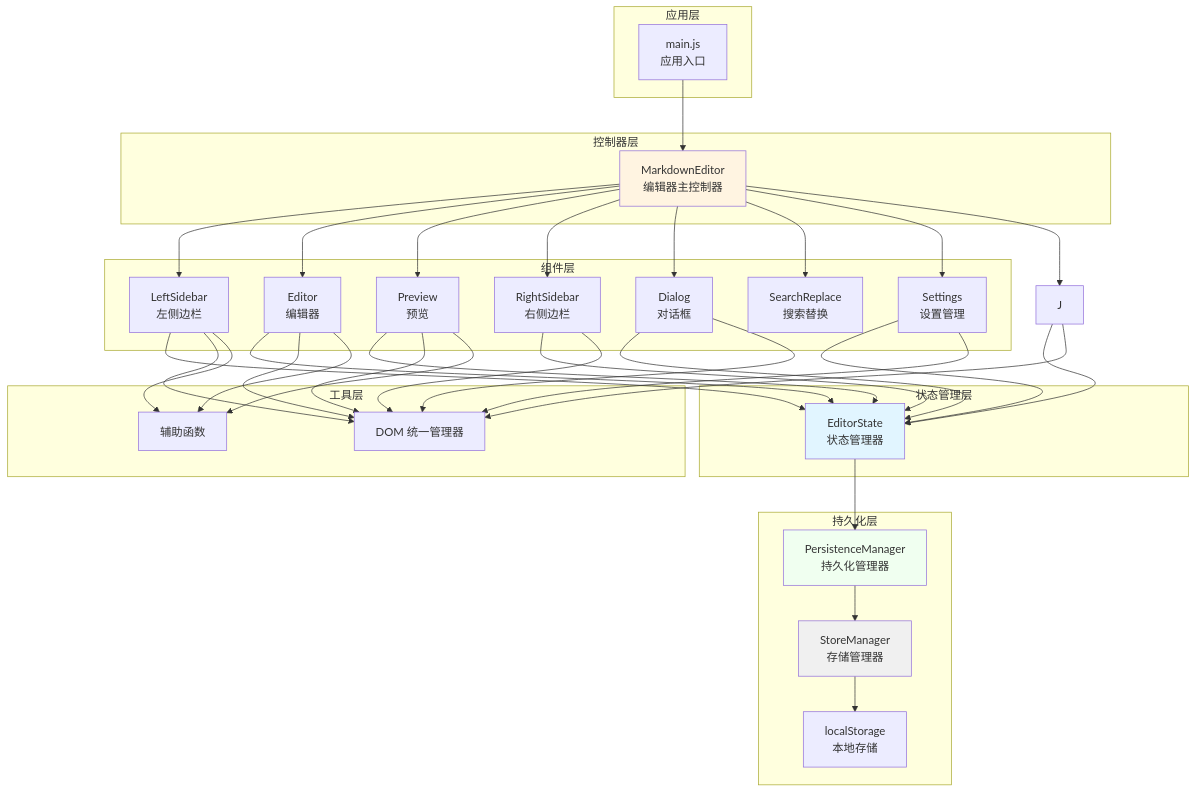
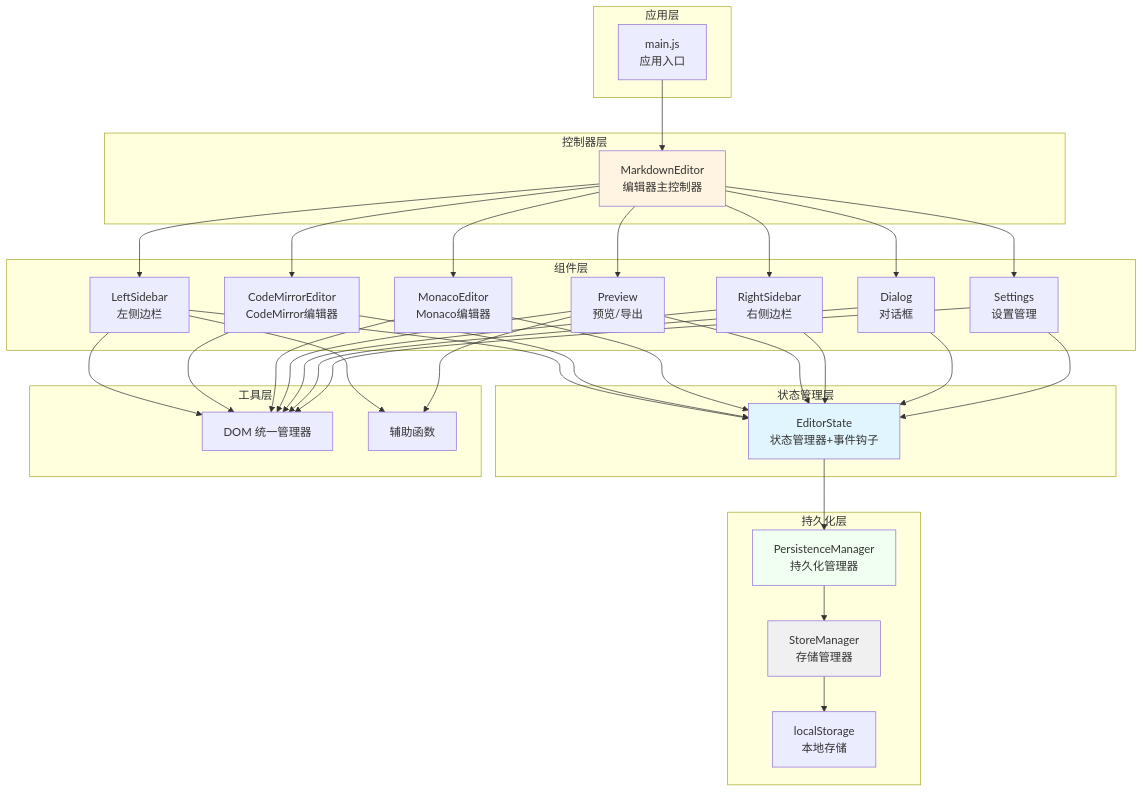
The first of 15 diagrams in docs/arch.md (ZCShou/markdown), drawn with Mermaid before and after one commit. The commit also changed other lines of this file and 2 other files, not shown here.

````diff
--- a/docs/arch.md
+++ b/docs/arch.md
@@ -110,74 +119,72 @@
 ```mermaid
 graph TB
     subgraph "应用层"
         A[main.js<br/>应用入口]
     end
     
     subgraph "控制器层"
         B[MarkdownEditor<br/>编辑器主控制器]
     end
     
     subgraph "组件层"
         C[LeftSidebar<br/>左侧边栏]
-        D[Editor<br/>编辑器]
-        E[Preview<br/>预览]
+        D1[CodeMirrorEditor<br/>CodeMirror编辑器]
+        D2[MonacoEditor<br/>Monaco编辑器]
+        E[Preview<br/>预览/导出]
         F[RightSidebar<br/>右侧边栏]
         G[Dialog<br/>对话框]
-        H[SearchReplace<br/>搜索替换]
         I[Settings<br/>设置管理]
     end
     
     subgraph "状态管理层"
-        K[EditorState<br/>状态管理器]
+        K[EditorState<br/>状态管理器+事件钩子]
     end
     
     subgraph "持久化层"
         L[PersistenceManager<br/>持久化管理器]
         M[StoreManager<br/>存储管理器]
         N[localStorage<br/>本地存储]
     end
     
     subgraph "工具层"
         O[DOM 统一管理器]
         P[辅助函数]
     end
     
     A --> B
     B --> C
-    B --> D
+    B --> D1
+    B --> D2
     B --> E
     B --> F
     B --> G
-    B --> H
     B --> I
-    B --> J
     
     C --> K
-    D --> K
+    D1 --> K
+    D2 --> K
     E --> K
     F --> K
     G --> K
     I --> K
-    J --> K
     
     K --> L
     L --> M
     M --> N
     
     C --> O
-    D --> O
+    D1 --> O
+    D2 --> O
     E --> O
     F --> O
     G --> O
     I --> O
-    J --> O
     
     C --> P
-    D --> P
     E --> P
     
     style K fill:#e1f5ff
     style B fill:#fff4e1
     style L fill:#f0fff0
     style M fill:#f0f0f0
 ```
````
